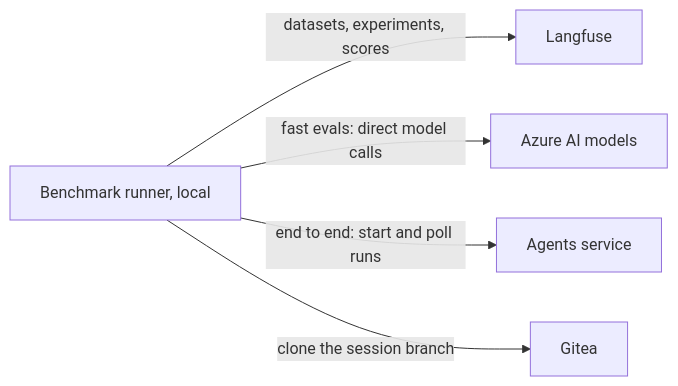
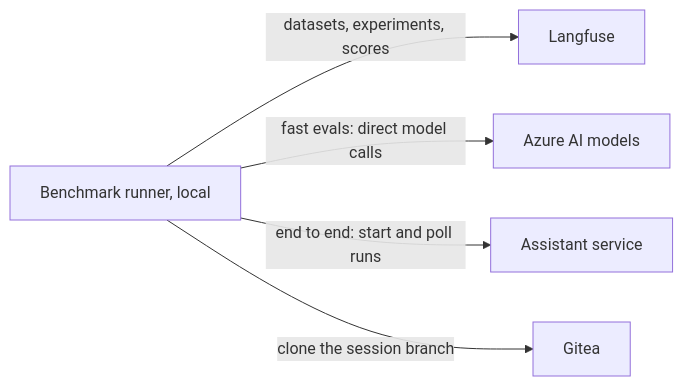
The eighth of 10 diagrams in src/AI/assistant/docs/2-system-context.md (Altinn/altinn-studio), drawn with Mermaid before and after one commit. The commit also changed other lines of this file and 11 other files, not shown here.

First line of the commit message:
docs(assistant): call the service the "assistant service"

````diff
--- a/src/AI/assistant/docs/2-system-context.md
+++ b/src/AI/assistant/docs/2-system-context.md
@@ -137,7 +137,7 @@
 ```mermaid
 flowchart LR
   R["Benchmark runner, local"] -->|datasets, experiments, scores| F["Langfuse"]
   R -->|fast evals: direct model calls| M["Azure AI models"]
-  R -->|end to end: start and poll runs| A["Agents service"]
+  R -->|end to end: start and poll runs| A["Assistant service"]
   R -->|clone the session branch| G["Gitea"]
 ```
````
